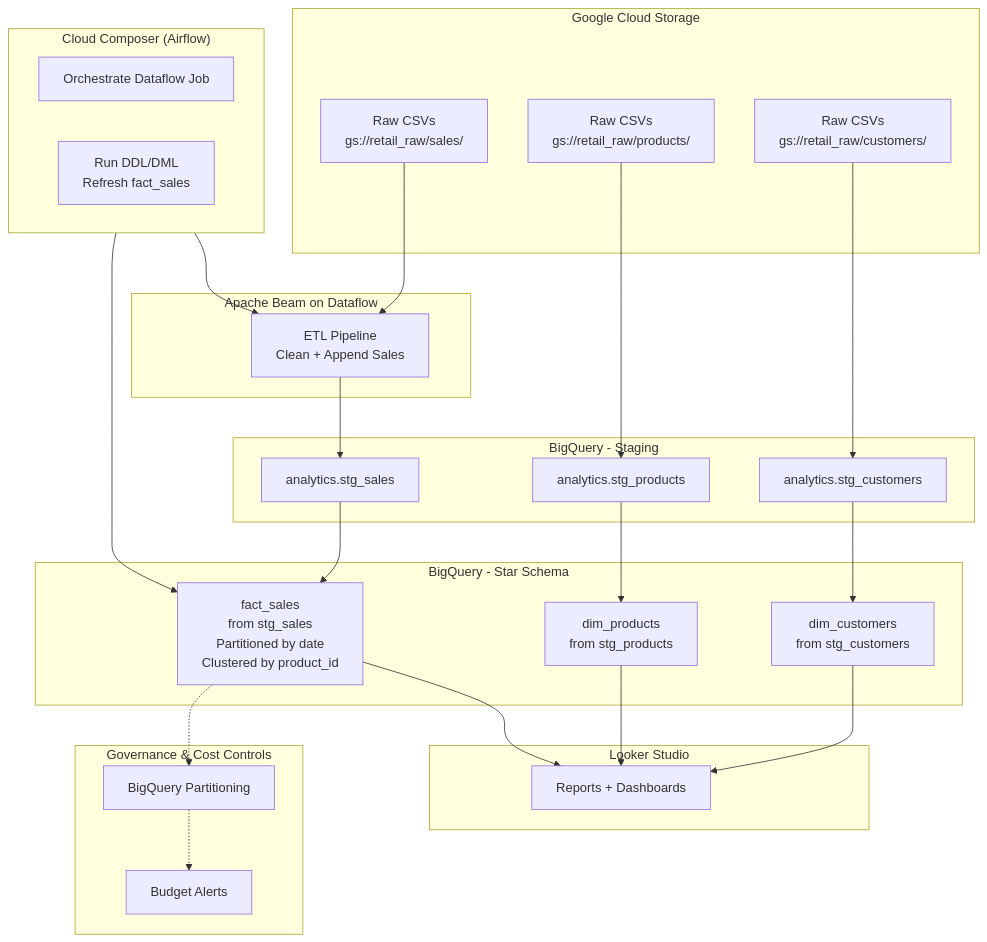
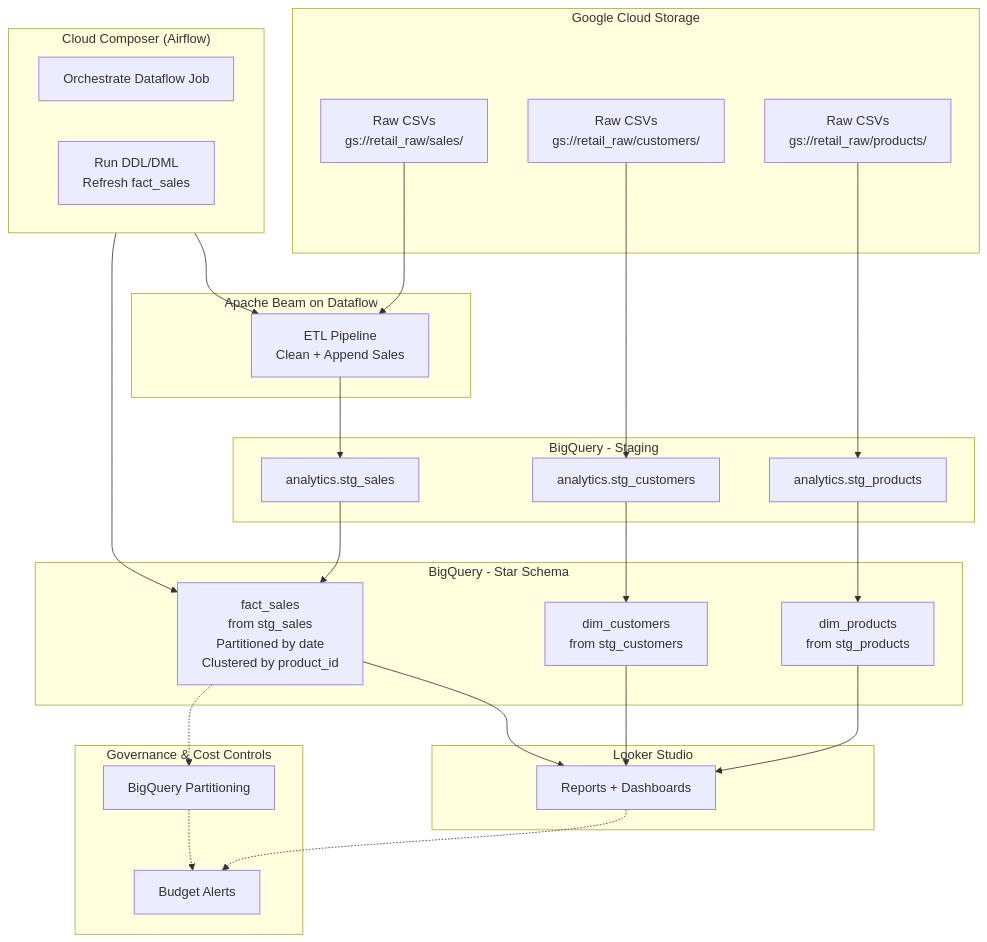
One commit to mikael-daniels/retail_analytics changed the diagram in architecture.mmd. Above: the diagram before and after it, drawn with Mermaid.

Commit message:
Update Architecture Diagram

```diff
--- a/architecture.mmd
+++ b/architecture.mmd
@@ -1,57 +1,57 @@
 flowchart TD
     subgraph GCS["Google Cloud Storage"]
         A[Raw CSVs<br/>gs://retail_raw/sales/]
         A1[Raw CSVs<br/>gs://retail_raw/customers/]
         A2[Raw CSVs<br/>gs://retail_raw/products/]
     end
 
     subgraph Dataflow["Apache Beam on Dataflow"]
         B[ETL Pipeline<br/>Clean + Append Sales]
     end
 
     subgraph BQ_Staging["BigQuery - Staging"]
         C1[analytics.stg_sales]
         C2[analytics.stg_customers]
         C3[analytics.stg_products]
     end
 
     subgraph BQ_Star["BigQuery - Star Schema"]
         D1[dim_customers<br/>from stg_customers]
         D2[dim_products<br/>from stg_products]
         D3[fact_sales<br/>from stg_sales<br/>Partitioned by date<br/>Clustered by product_id]
     end
 
     subgraph Composer["Cloud Composer (Airflow)"]
         E1[Orchestrate Dataflow Job]
         E2[Run DDL/DML<br/>Refresh fact_sales]
     end
 
     subgraph Visualization["Looker Studio"]
         F[Reports + Dashboards]
     end
 
     subgraph Controls["Governance & Cost Controls"]
         G1[BigQuery Partitioning]
         G2[Budget Alerts]
     end
 
-    %% Flows
     %% Sales flow (via DAG + Dataflow)
     A --> B
     B --> C1
     C1 --> D3
     Composer --> B
     Composer --> D3
 
     %% Customers + Products (direct staging → dims)
     A1 --> C2
     A2 --> C3
     C2 --> D1
     C3 --> D2
 
     %% Reporting + governance
     D1 --> F
     D2 --> F
     D3 --> F
     D3 -.-> G1
     G1 -.-> G2
+    F -.-> G2
```
